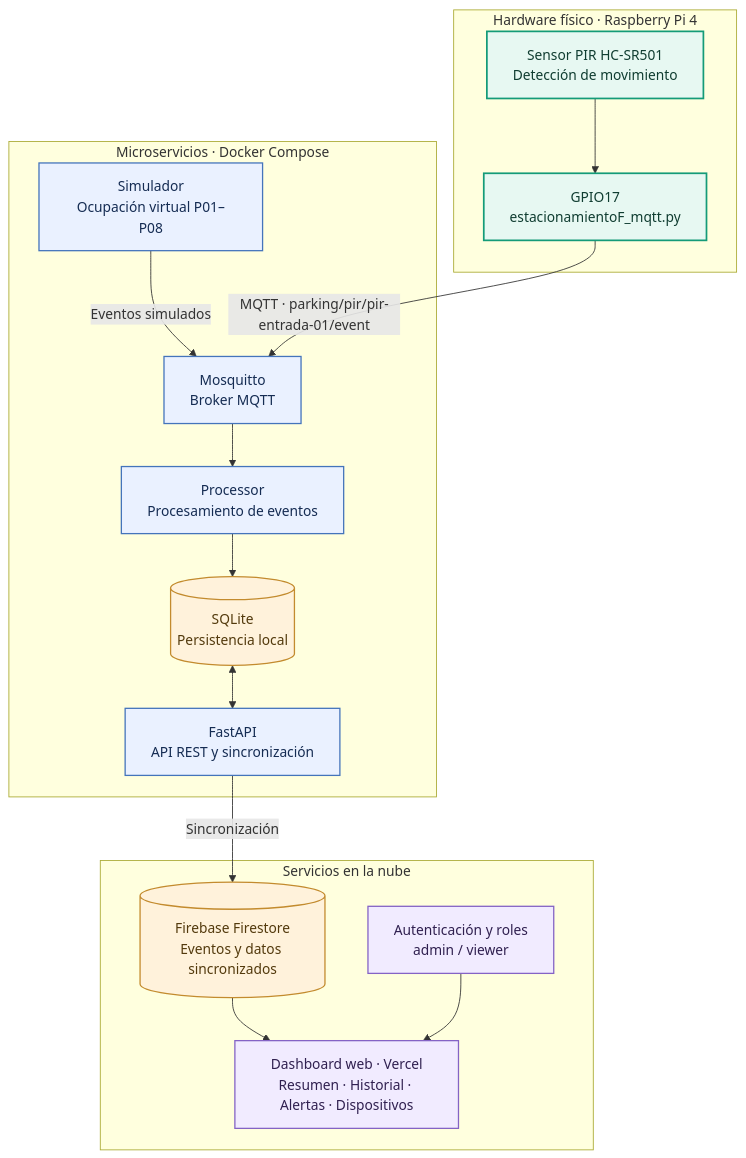
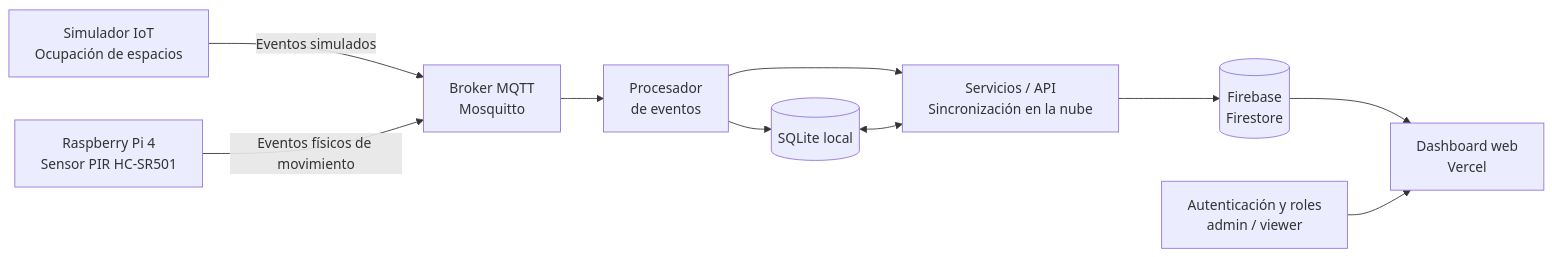
One commit to CTorrejon1995/PTEC104-8571-S1-ESTACIONAMIENTO-INTELIGENTE changed the diagram in README.md. Above: the diagram before and after it, drawn with Mermaid. The commit also changed other lines of this file, not shown here.

Commit message:
README funcionamiento real 2

````diff
--- a/README.md
+++ b/README.md
@@ -38,40 +38,12 @@
 ```mermaid
-flowchart TB
-    subgraph HARDWARE["Hardware físico · Raspberry Pi 4"]
-        PIR["Sensor PIR HC-SR501<br/>Detección de movimiento"]
-        GPIO["GPIO17<br/>estacionamientoF_mqtt.py"]
-        PIR --> GPIO
-    end
-
-    subgraph EDGE["Microservicios · Docker Compose"]
-        MQTT["Mosquitto<br/>Broker MQTT"]
-        PROC["Processor<br/>Procesamiento de eventos"]
-        DB[("SQLite<br/>Persistencia local")]
-        API["FastAPI<br/>API REST y sincronización"]
-        SIM["Simulador<br/>Ocupación virtual P01–P08"]
-        MQTT --> PROC
-        PROC --> DB
-        DB <--> API
-        SIM -->|Eventos simulados| MQTT
-    end
-
-    subgraph CLOUD["Servicios en la nube"]
-        FS[("Firebase Firestore<br/>Eventos y datos sincronizados")]
-        AUTH["Autenticación y roles<br/>admin / viewer"]
-        WEB["Dashboard web · Vercel<br/>Resumen · Historial · Alertas · Dispositivos"]
-        FS --> WEB
-        AUTH --> WEB
-    end
-
-    GPIO -->|"MQTT · parking/pir/pir-entrada-01/event"| MQTT
-    API -->|Sincronización| FS
-
-    classDef physical fill:#e7f8f2,stroke:#149b78,color:#103d31,stroke-width:2px;
-    classDef service fill:#eaf1ff,stroke:#4474bb,color:#152c53,stroke-width:1.5px;
-    classDef store fill:#fff2db,stroke:#c38b2e,color:#533a0d,stroke-width:1.5px;
-    classDef cloud fill:#f1ebff,stroke:#8463c5,color:#302050,stroke-width:1.5px;
-    class PIR,GPIO physical;
-    class MQTT,PROC,API,SIM service;
-    class DB,FS store;
-    class AUTH,WEB cloud;
+flowchart LR
+    SIM["Simulador IoT<br/>Ocupación de espacios"] -->|Eventos simulados| MQTT["Broker MQTT<br/>Mosquitto"]
+    PI["Raspberry Pi 4<br/>Sensor PIR HC-SR501"] -->|Eventos físicos de movimiento| MQTT
+    MQTT --> PROC["Procesador<br/>de eventos"]
+    PROC --> SQLITE[("SQLite local")]
+    PROC --> API["Servicios / API<br/>Sincronización en la nube"]
+    SQLITE <--> API
+    API --> FIRESTORE[("Firebase<br/>Firestore")]
+    FIRESTORE --> DASH["Dashboard web<br/>Vercel"]
+    AUTH["Autenticación y roles<br/>admin / viewer"] --> DASH
 ```
````
